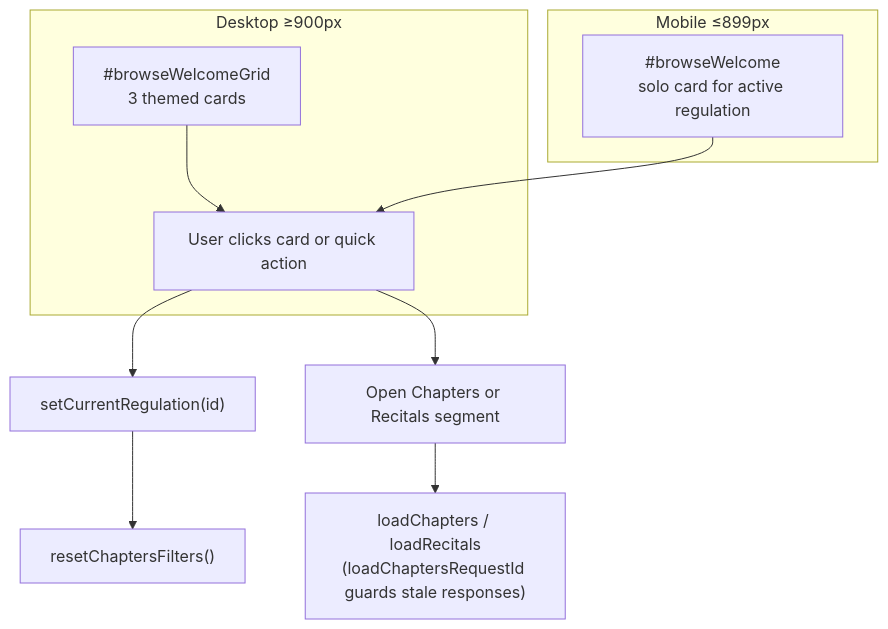
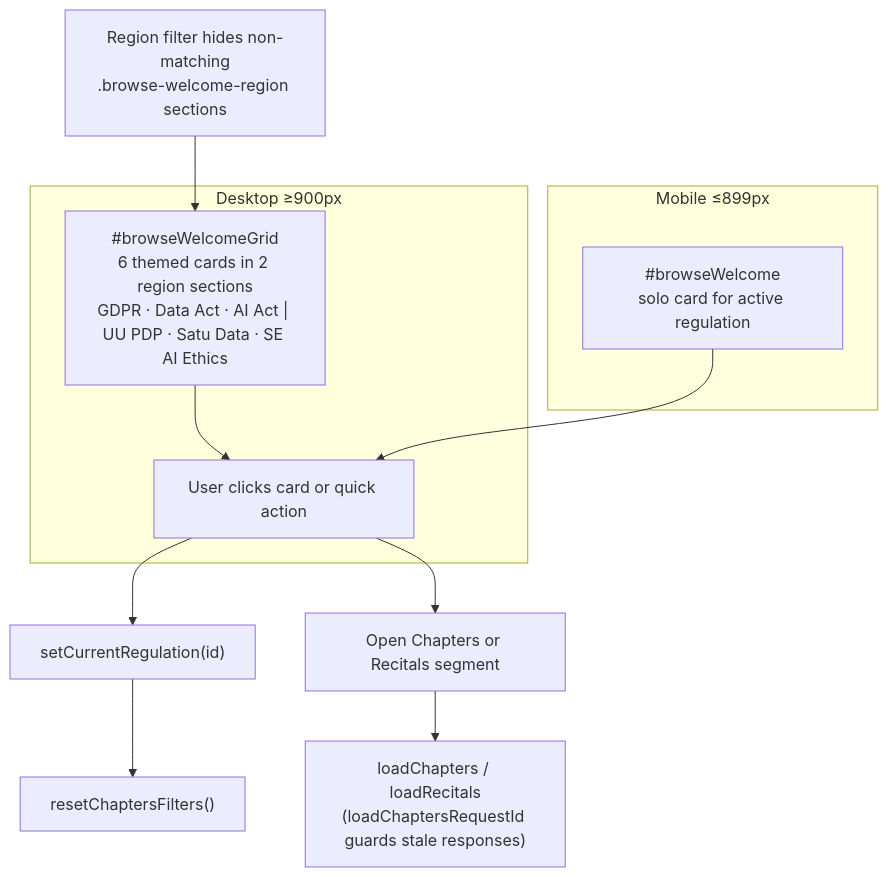
Before and after one commit to RifqiMT/gdpr-qa-platform: the fifth of 8 diagrams in docs/ARCHITECTURE.md, drawn with Mermaid. The commit also changed other lines of this file and 54 other files, not shown here.

````diff
--- a/docs/ARCHITECTURE.md
+++ b/docs/ARCHITECTURE.md
@@ -76,15 +164,16 @@
 ```mermaid
 flowchart TB
   subgraph desktop["Desktop ≥900px"]
-    grid["#browseWelcomeGrid\n3 themed cards"]
+    grid["#browseWelcomeGrid\n6 themed cards in 2 region sections\nGDPR · Data Act · AI Act | UU PDP · Satu Data · SE AI Ethics"]
     grid --> pick["User clicks card or quick action"]
   end
   subgraph mobile["Mobile ≤899px"]
     solo["#browseWelcome\nsolo card for active regulation"]
     solo --> pick
   end
+  rf["Region filter hides non-matching\n.browse-welcome-region sections"] --> grid
   pick --> setReg["setCurrentRegulation(id)"]
   setReg --> reset["resetChaptersFilters()"]
   pick --> seg["Open Chapters or Recitals segment"]
   seg --> load["loadChapters / loadRecitals\n(loadChaptersRequestId guards stale responses)"]
 ```
````
